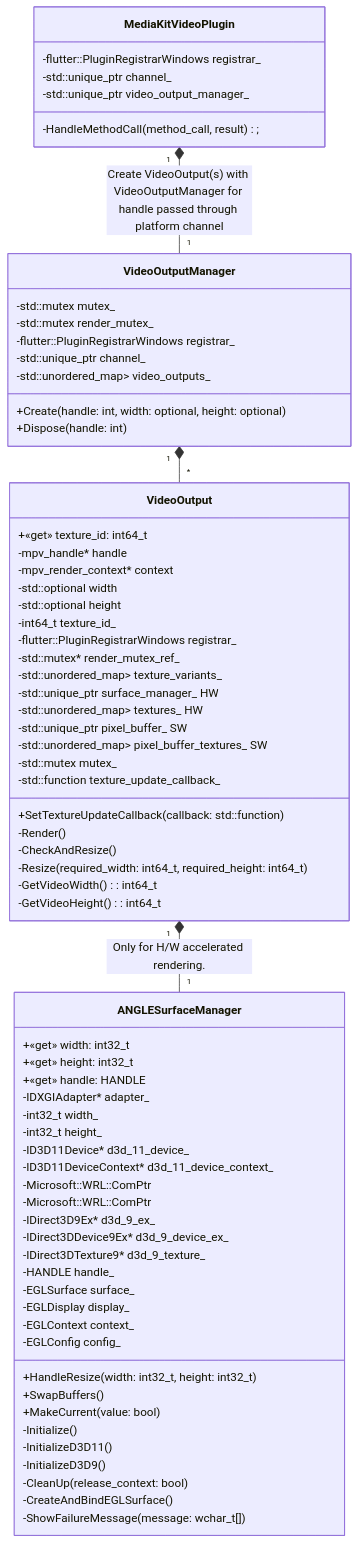
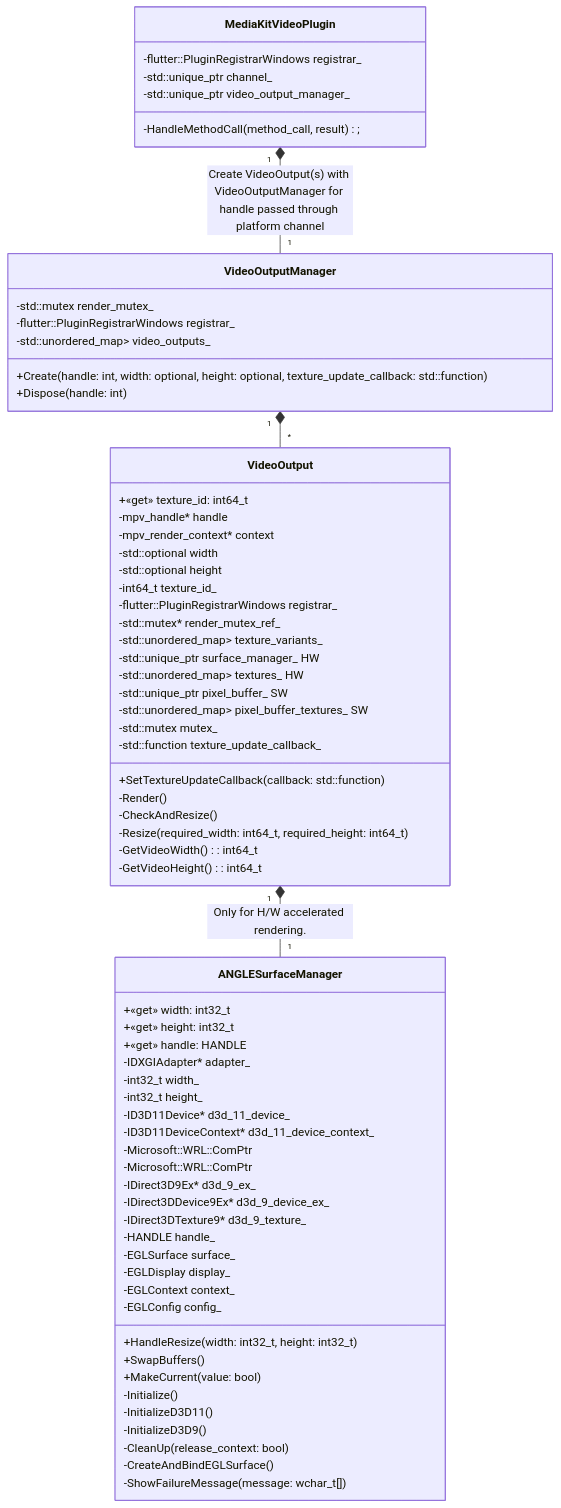
One commit to coolight7/media-kit changed the second of 2 diagrams in README.md. Above: the diagram before and after it, drawn with Mermaid. The commit also changed 3 other files, not shown here.

Commit message:
refactor(win): move flutter method channel usage outside VideoOutputManager

```diff
--- a/README.md
+++ b/README.md
@@ -423,13 +423,11 @@
   }
 
   class VideoOutputManager {
-    +Create(handle: int, width: optional<int>, height: optional<int>)
+    +Create(handle: int, width: optional<int>, height: optional<int>, texture_update_callback: std::function)
     +Dispose(handle: int)
 
-    -std::mutex mutex_
     -std::mutex render_mutex_
     -flutter::PluginRegistrarWindows registrar_
-    -std::unique_ptr<MethodChannel> channel_
     -std::unordered_map<int64_t, std::unique_ptr<VideoOutput>> video_outputs_
   }
 
```
